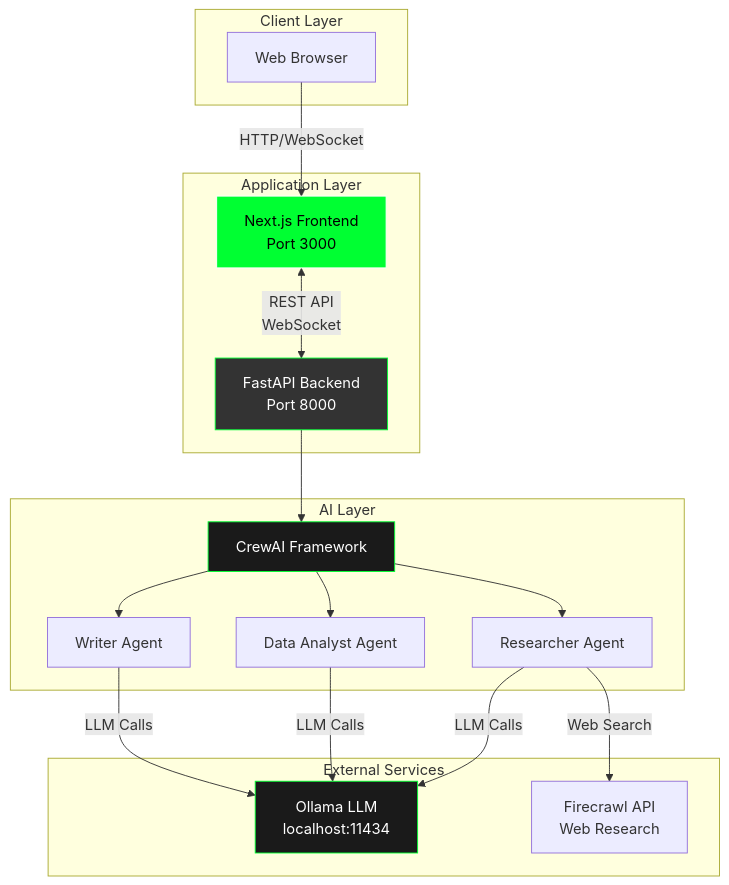
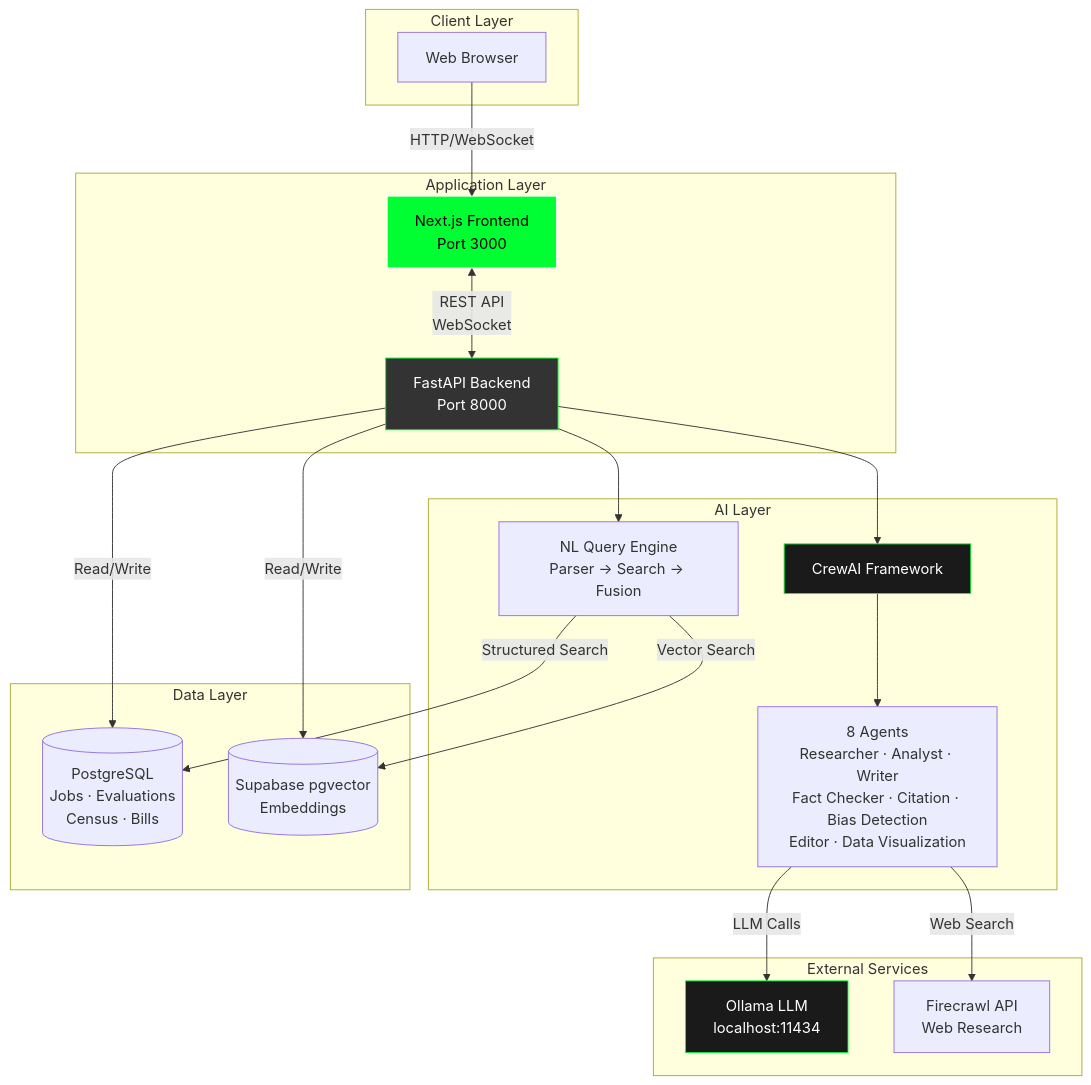
Before and after one commit to William-Hill/d4bl_ai_agent: the first of 4 diagrams in docs/Architecture.md, drawn with Mermaid. The commit also changed other lines of this file and 4 other files, not shown here.

````diff
--- a/docs/Architecture.md
+++ b/docs/Architecture.md
@@ -7,39 +7,44 @@
 ```mermaid
 graph TB
     subgraph "Client Layer"
         Browser[Web Browser]
     end
     
     subgraph "Application Layer"
         Frontend[Next.js Frontend<br/>Port 3000]
         Backend[FastAPI Backend<br/>Port 8000]
     end
     
     subgraph "AI Layer"
         CrewAI[CrewAI Framework]
-        Researcher[Researcher Agent]
-        Analyst[Data Analyst Agent]
-        Writer[Writer Agent]
+        Agents[8 Agents<br/>Researcher · Analyst · Writer<br/>Fact Checker · Citation · Bias Detection<br/>Editor · Data Visualization]
+        QueryEngine[NL Query Engine<br/>Parser → Search → Fusion]
     end
-    
+
+    subgraph "Data Layer"
+        Postgres[(PostgreSQL<br/>Jobs · Evaluations<br/>Census · Bills)]
+        Supabase[(Supabase pgvector<br/>Embeddings)]
+    end
+
     subgraph "External Services"
         Ollama[Ollama LLM<br/>localhost:11434]
         Firecrawl[Firecrawl API<br/>Web Research]
     end
-    
+
     Browser -->|HTTP/WebSocket| Frontend
     Frontend <-->|REST API<br/>WebSocket| Backend
     Backend --> CrewAI
-    CrewAI --> Researcher
-    CrewAI --> Analyst
-    CrewAI --> Writer
-    Researcher -->|LLM Calls| Ollama
-    Analyst -->|LLM Calls| Ollama
-    Writer -->|LLM Calls| Ollama
-    Researcher -->|Web Search| Firecrawl
+    Backend --> QueryEngine
+    CrewAI --> Agents
+    Agents -->|LLM Calls| Ollama
+    Agents -->|Web Search| Firecrawl
+    QueryEngine -->|Vector Search| Supabase
+    QueryEngine -->|Structured Search| Postgres
+    Backend -->|Read/Write| Postgres
+    Backend -->|Read/Write| Supabase
     
     style Frontend fill:#00ff32,stroke:#fff,color:#000
     style Backend fill:#333,stroke:#00ff32,color:#fff
     style CrewAI fill:#1a1a1a,stroke:#00ff32,color:#fff
     style Ollama fill:#1a1a1a,stroke:#00ff32,color:#fff
 ```
````
